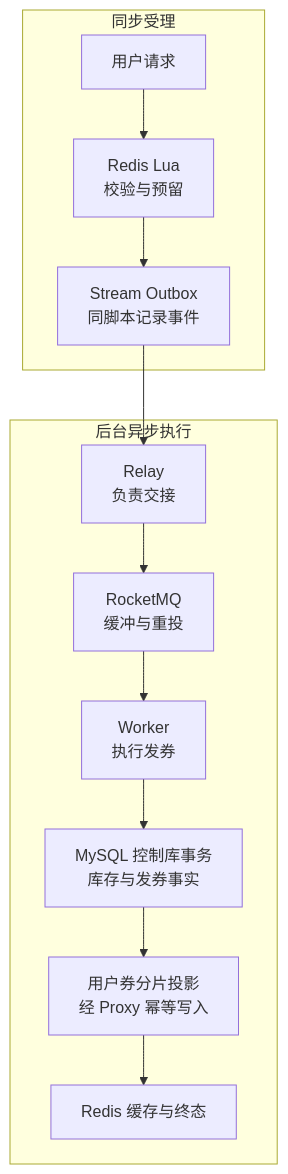
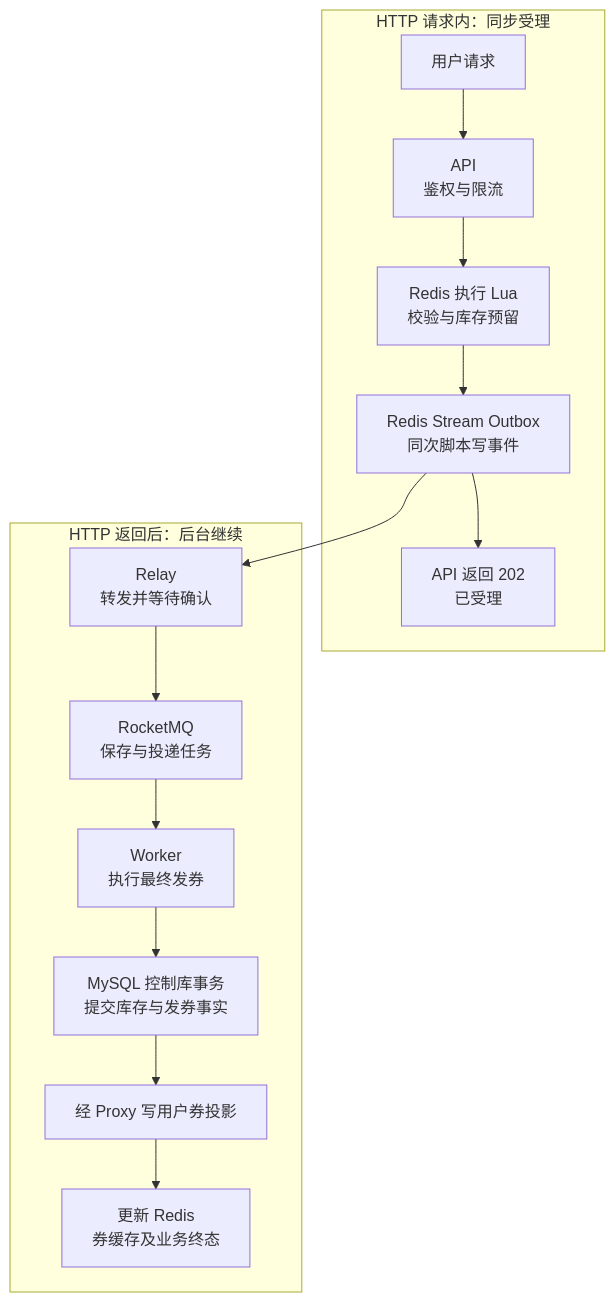
Before and after one commit to 1hao1hao/FlashCoupon: the diagram in docs/INTERVIEW_CORE.md, drawn with Mermaid. The commit also changed other lines of this file, not shown here.

````diff
--- a/docs/INTERVIEW_CORE.md
+++ b/docs/INTERVIEW_CORE.md
@@ -23,15 +25,17 @@
 ```mermaid
 flowchart TB
-  subgraph sync[同步受理]
-    U[用户请求] --> L[Redis Lua<br/>校验与预留]
-    L --> S[Stream Outbox<br/>同脚本记录事件]
+  subgraph sync[HTTP 请求内：同步受理]
+    U[用户请求] --> A[API<br/>鉴权与限流]
+    A --> L[Redis 执行 Lua<br/>校验与库存预留]
+    L --> S[Redis Stream Outbox<br/>同次脚本写事件]
+    S --> H[API 返回 202<br/>已受理]
   end
-  subgraph async[后台异步执行]
-    S --> R[Relay<br/>负责交接]
-    R --> Q[RocketMQ<br/>缓冲与重投]
-    Q --> W[Worker<br/>执行发券]
-    W --> D[MySQL 控制库事务<br/>库存与发券事实]
-    D --> P[用户券分片投影<br/>经 Proxy 幂等写入]
-    P --> C[Redis 缓存与终态]
+  subgraph async[HTTP 返回后：后台继续]
+    S --> R[Relay<br/>转发并等待确认]
+    R --> Q[RocketMQ<br/>保存与投递任务]
+    Q --> W[Worker<br/>执行最终发券]
+    W --> D[MySQL 控制库事务<br/>提交库存与发券事实]
+    D --> P[经 Proxy 写用户券投影]
+    P --> C[更新 Redis<br/>券缓存及业务终态]
   end
 ```
````
